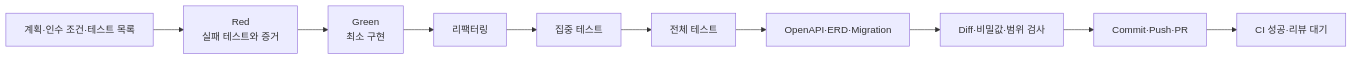
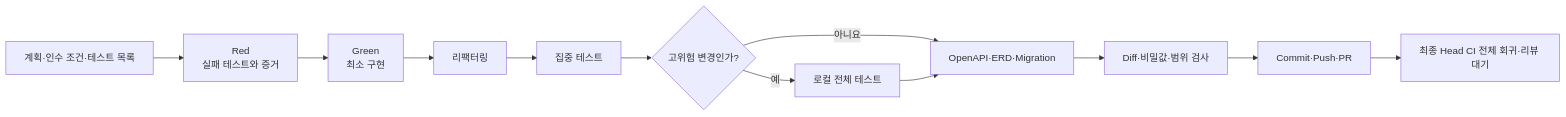
One commit to OpenSeedDev/openseed-be changed the third of 6 diagrams in docs/workflow/AGENT_WORKFLOW_GUIDE.md. Above: the diagram before and after it, drawn with Mermaid. The commit also changed other lines of this file and 15 other files, not shown here.

Commit message:
chore: 워크플로우 처리량 최적화

````diff
--- a/docs/workflow/AGENT_WORKFLOW_GUIDE.md
+++ b/docs/workflow/AGENT_WORKFLOW_GUIDE.md
@@ -132,12 +135,14 @@
 ```mermaid
 flowchart LR
   P["계획·인수 조건·테스트 목록"] --> R["Red<br/>실패 테스트와 증거"]
   R --> G["Green<br/>최소 구현"]
   G --> RF["리팩터링"]
   RF --> FT["집중 테스트"]
-  FT --> AT["전체 테스트"]
-  AT --> DOC["OpenAPI·ERD·Migration"]
+  FT --> RISK{"고위험 변경인가?"}
+  RISK -- "예" --> AT["로컬 전체 테스트"]
+  RISK -- "아니요" --> DOC["OpenAPI·ERD·Migration"]
+  AT --> DOC
   DOC --> DIFF["Diff·비밀값·범위 검사"]
   DIFF --> PR["Commit·Push·PR"]
-  PR --> CI["CI 성공·리뷰 대기"]
+  PR --> CI["최종 Head CI 전체 회귀·리뷰 대기"]
 ```
````
